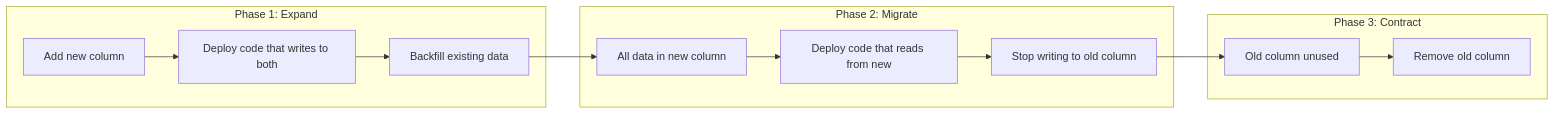
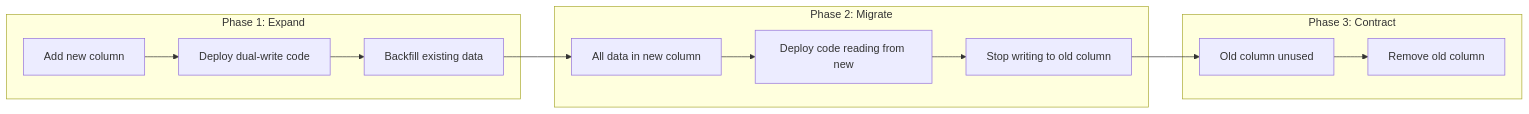
The second of 2 diagrams in src/content/articles/database-schema-migrations-continuous-deployment-zero-downtime/index.mdx (webstackdev/astro.webstackbuilders.com), drawn with Mermaid before and after one commit. The commit also changed other lines of this file and 4 other files, not shown here.

Commit message:
Add database-schema-migrations-continuous-deployment-zero-downtime article

````diff
--- a/src/content/articles/database-schema-migrations-continuous-deployment-zero-downtime/index.mdx
+++ b/src/content/articles/database-schema-migrations-continuous-deployment-zero-downtime/index.mdx
@@ -155,19 +86,19 @@
 ```mermaid
 graph LR
-    subgraph Phase 1: Expand
-        A[Add new column] --> B[Deploy code that writes to both]
+    subgraph phase1[Phase 1: Expand]
+        A[Add new column] --> B[Deploy dual-write code]
         B --> C[Backfill existing data]
     end
 
-    subgraph Phase 2: Migrate
-        D[All data in new column] --> E[Deploy code that reads from new]
+    subgraph phase2[Phase 2: Migrate]
+        D[All data in new column] --> E[Deploy code reading from new]
         E --> F[Stop writing to old column]
     end
 
-    subgraph Phase 3: Contract
+    subgraph phase3[Phase 3: Contract]
         G[Old column unused] --> H[Remove old column]
     end
 
     C --> D
     F --> G
 ```
````
